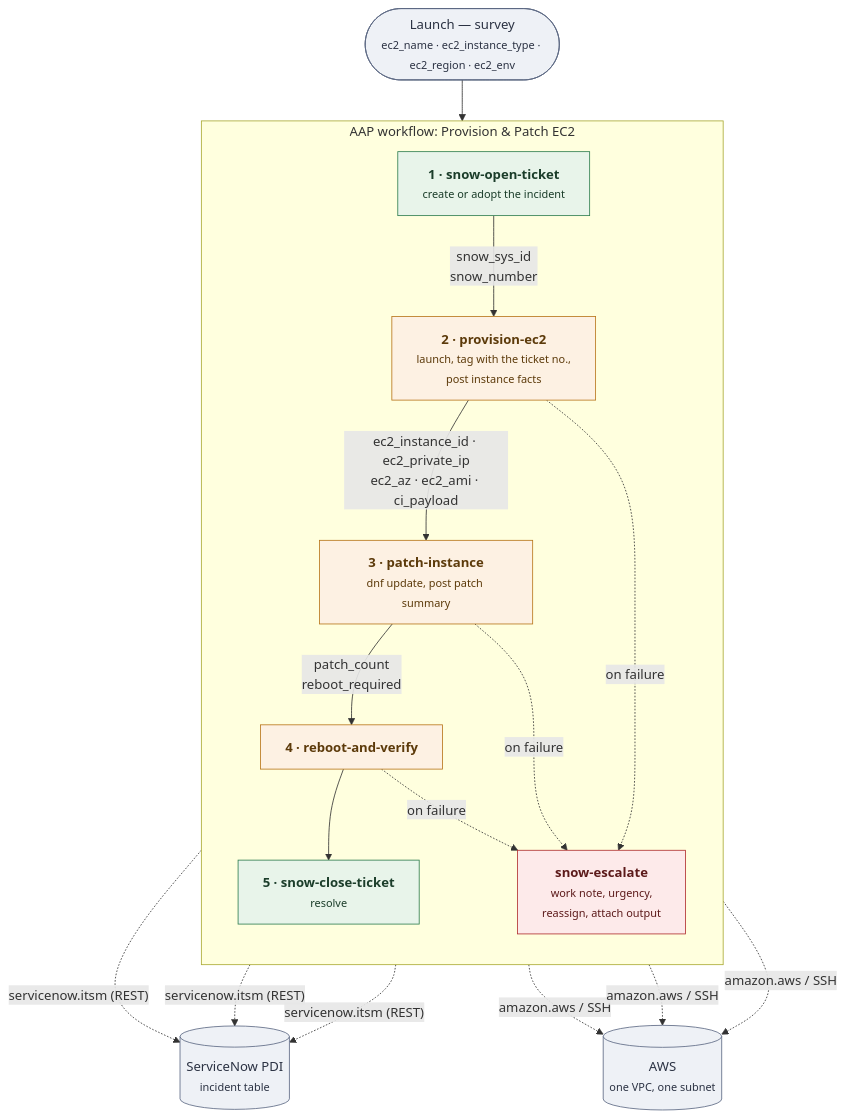
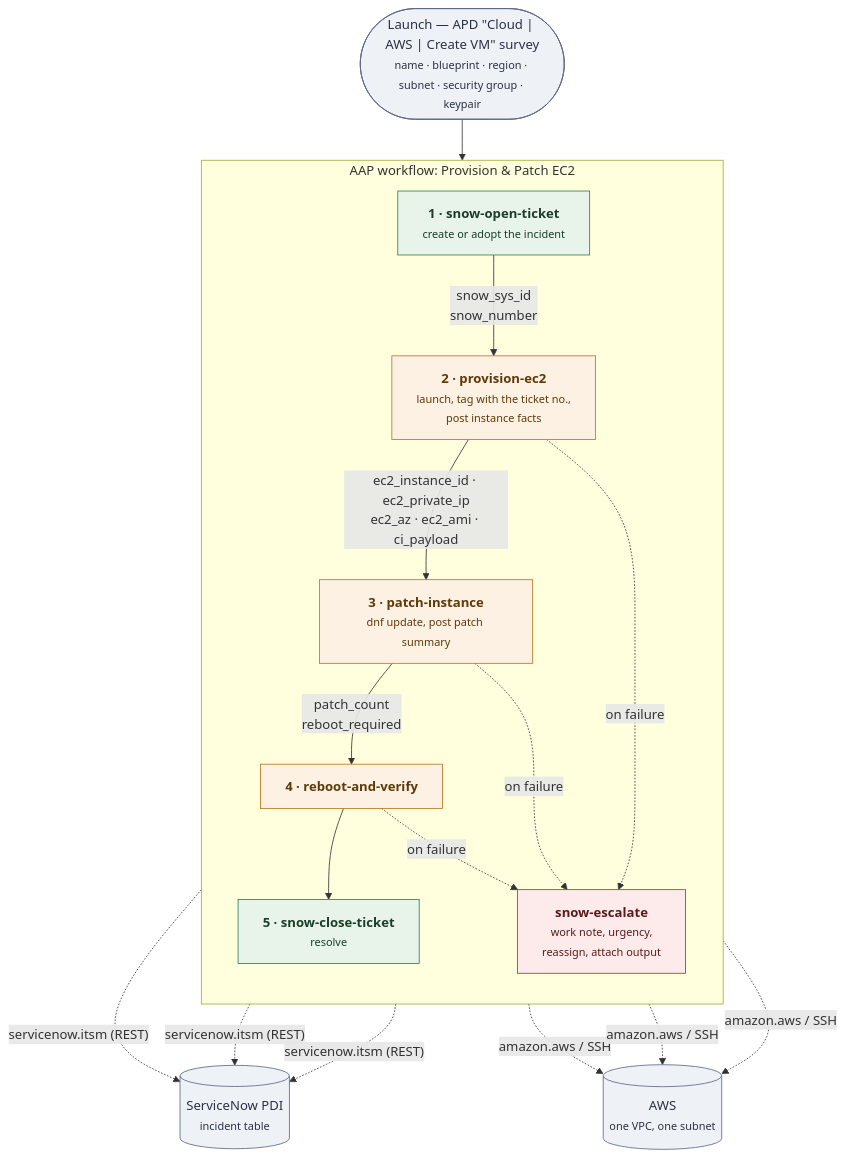
Before and after one commit to deperr/aap-snow: the diagram in docs/mvp/architecture.md, drawn with Mermaid. The commit also changed other lines of this file and 10 other files, not shown here.

First line of the commit message:
Match the APD "Cloud | AWS | Create VM" survey variables

````diff
--- a/docs/mvp/architecture.md
+++ b/docs/mvp/architecture.md
@@ -9,39 +9,39 @@
 ```mermaid
 flowchart TD
-    L(["Launch — survey<br/><small>ec2_name · ec2_instance_type · ec2_region · ec2_env</small>"])
+    L(["Launch — APD &quot;Cloud | AWS | Create VM&quot; survey<br/><small>name · blueprint · region · subnet · security group · keypair</small>"])
 
     subgraph WF["AAP workflow: Provision &amp; Patch EC2"]
         direction TB
         N1["<b>1 · snow-open-ticket</b><br/><small>create or adopt the incident</small>"]
         N2["<b>2 · provision-ec2</b><br/><small>launch, tag with the ticket no.,<br/>post instance facts</small>"]
         N3["<b>3 · patch-instance</b><br/><small>dnf update, post patch summary</small>"]
         N4["<b>4 · reboot-and-verify</b>"]
         N5["<b>5 · snow-close-ticket</b><br/><small>resolve</small>"]
         NE["<b>snow-escalate</b><br/><small>work note, urgency,<br/>reassign, attach output</small>"]
     end
 
     SN[("ServiceNow PDI<br/><small>incident table</small>")]
     AWS[("AWS<br/><small>one VPC, one subnet</small>")]
 
     L --> N1
     N1 -- "snow_sys_id<br/>snow_number" --> N2
     N2 -- "ec2_instance_id · ec2_private_ip<br/>ec2_az · ec2_ami · ci_payload" --> N3
     N3 -- "patch_count<br/>reboot_required" --> N4
     N4 --> N5
     N2 -. "on failure" .-> NE
     N3 -. "on failure" .-> NE
     N4 -. "on failure" .-> NE
 
     N1 & N5 & NE -. "servicenow.itsm (REST)" .-> SN
     N2 & N3 & N4 -. "amazon.aws / SSH" .-> AWS
 
     classDef snow fill:#e8f4ea,stroke:#2e7d4f,color:#1b3d2a
     classDef aws fill:#fdf1e3,stroke:#b8761b,color:#5c3a0a
     classDef fail fill:#fdeaea,stroke:#b03030,color:#5c1a1a
     classDef ext fill:#eef1f6,stroke:#5b6882,color:#2b3243
 
     class N1,N5 snow
     class N2,N3,N4 aws
     class NE fail
     class L,SN,AWS ext
 ```
````
